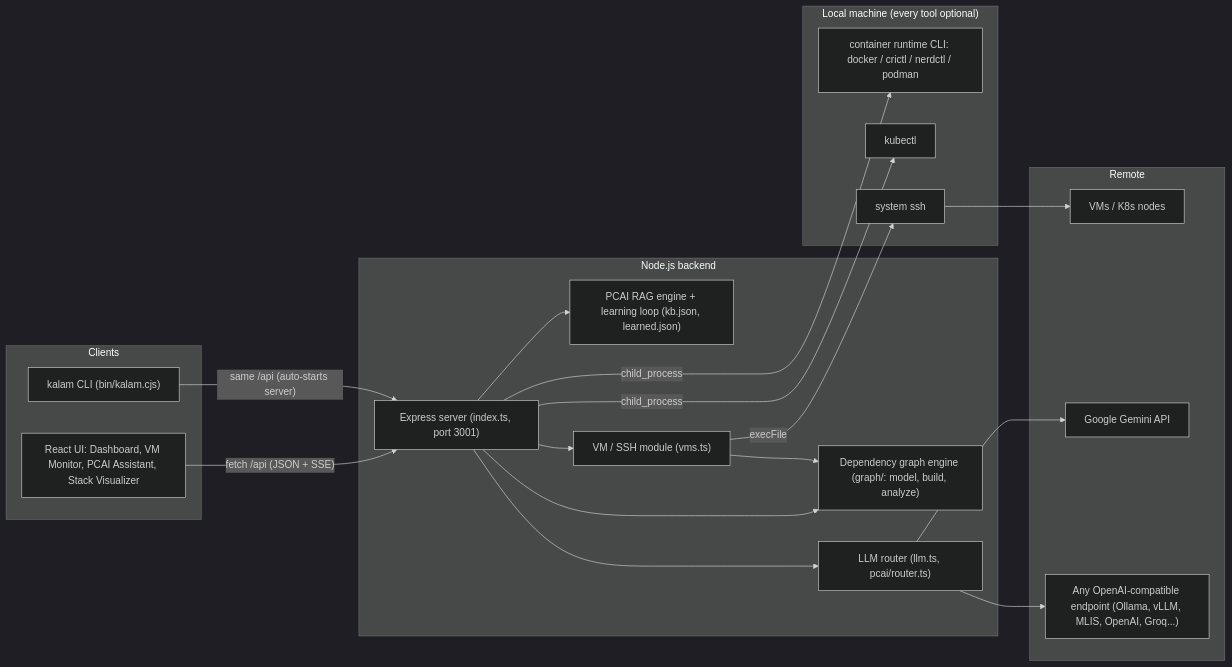
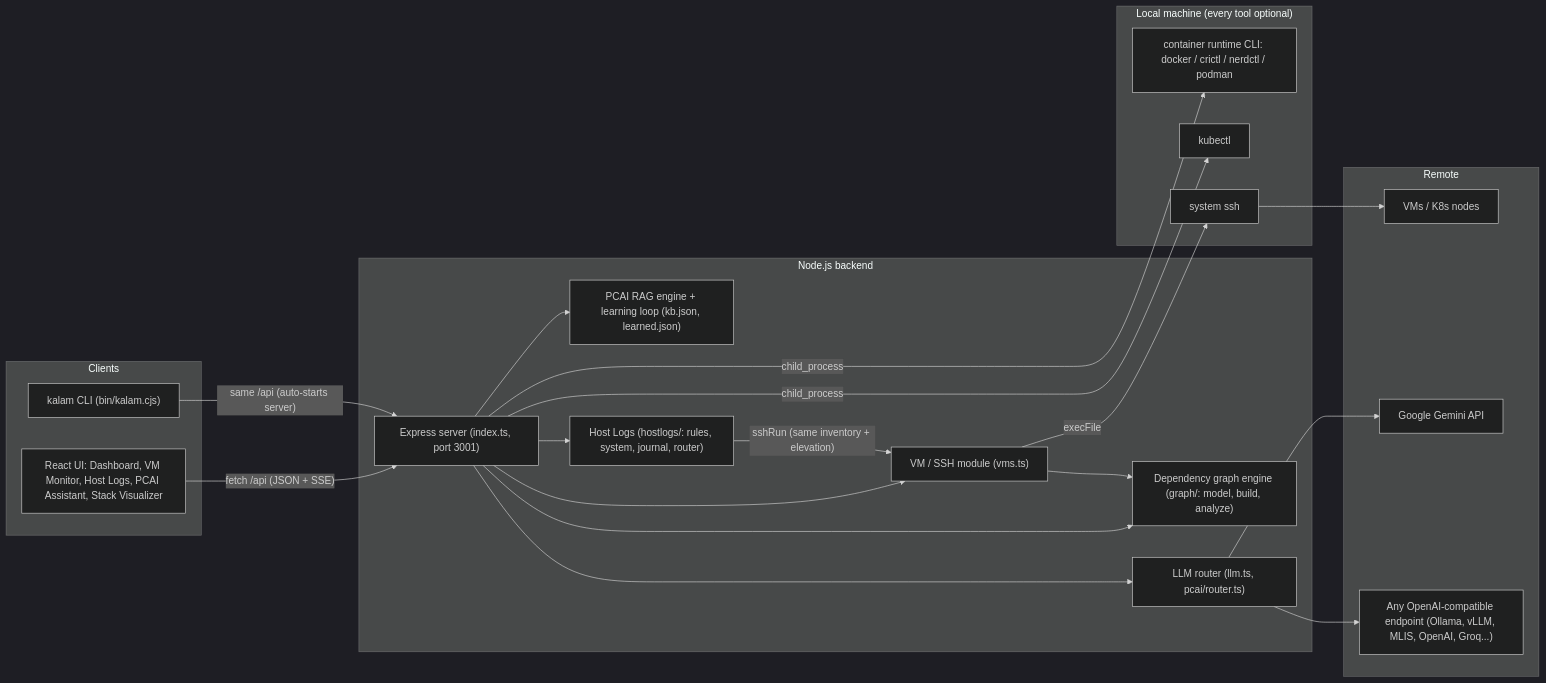
The first of 9 diagrams in ARCHITECTURE.md (AdityaRam24/kalam), drawn with Mermaid (dark theme) before and after one commit. The commit also changed other lines of this file and 5 other files, not shown here.

````diff
--- a/ARCHITECTURE.md
+++ b/ARCHITECTURE.md
@@ -17,41 +19,44 @@
 ```mermaid
 flowchart LR
     subgraph B["Clients"]
-        UI["React UI: Dashboard, VM Monitor, PCAI Assistant, Stack Visualizer"]
+        UI["React UI: Dashboard, VM Monitor, Host Logs, PCAI Assistant, Stack Visualizer"]
         CLI["kalam CLI (bin/kalam.cjs)"]
     end
 
     subgraph N["Node.js backend"]
         API["Express server (index.ts, port 3001)"]
         RAG["PCAI RAG engine + learning loop (kb.json, learned.json)"]
         VMS["VM / SSH module (vms.ts)"]
+        HOSTLOGS["Host Logs (hostlogs/: rules, system, journal, router)"]
         GRAPH["Dependency graph engine (graph/: model, build, analyze)"]
         LLM["LLM router (llm.ts, pcai/router.ts)"]
     end
 
     subgraph L["Local machine (every tool optional)"]
         DOCKER["container runtime CLI: docker / crictl / nerdctl / podman"]
         KUBECTL["kubectl"]
         SSHBIN["system ssh"]
     end
 
     subgraph R["Remote"]
         VM["VMs / K8s nodes"]
         GEMINI["Google Gemini API"]
         ANY["Any OpenAI-compatible endpoint (Ollama, vLLM, MLIS, OpenAI, Groq...)"]
     end
 
     UI -->|"fetch /api (JSON + SSE)"| API
     CLI -->|"same /api (auto-starts server)"| API
     API --> RAG
     API --> VMS
+    API --> HOSTLOGS
+    HOSTLOGS -->|"sshRun (same inventory + elevation)"| VMS
     API --> GRAPH
     VMS --> GRAPH
     API --> LLM
     API -->|child_process| DOCKER
     API -->|child_process| KUBECTL
     VMS -->|execFile| SSHBIN
     SSHBIN --> VM
     LLM --> GEMINI
     LLM --> ANY
 ```
````
